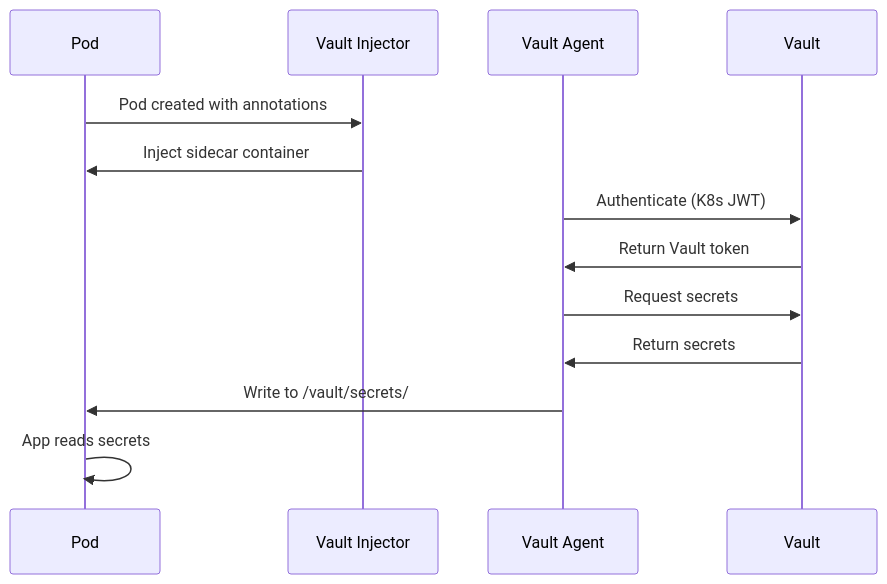
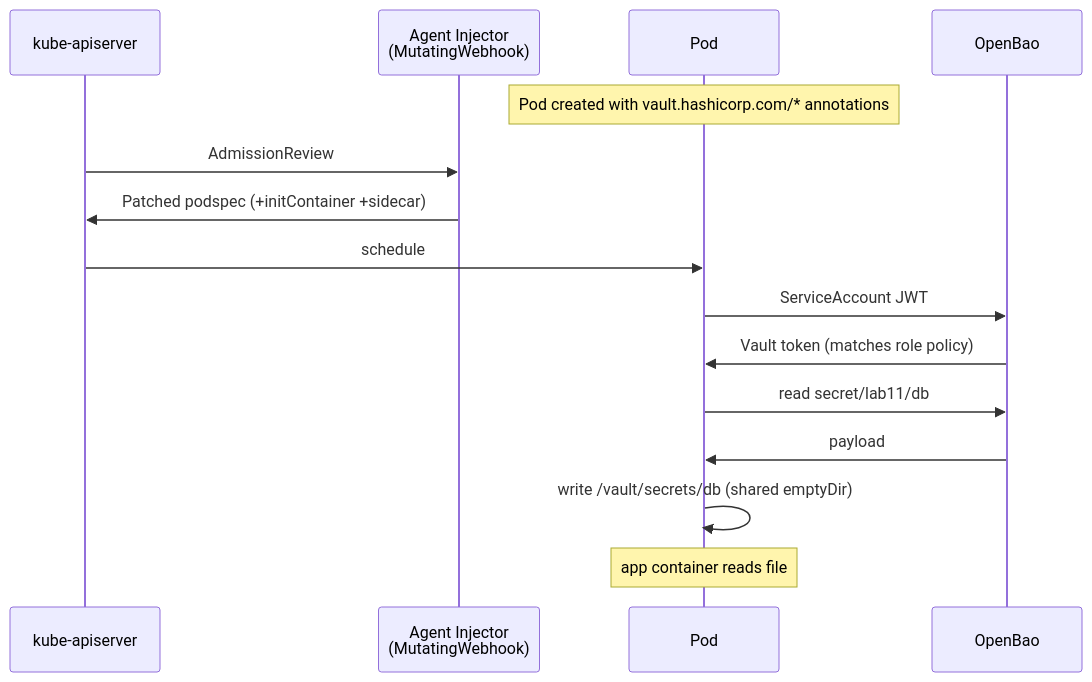
One commit to inno-devops-labs/DevOps-Core-Course changed the fifth of 8 diagrams in lectures/lec11.md. Above: the diagram before and after it, drawn with Mermaid. The commit also changed other lines of this file and 24 other files, not shown here.

````diff
--- a/lectures/lec11.md
+++ b/lectures/lec11.md
@@ -505,16 +276,17 @@
 ```mermaid
 sequenceDiagram
+  participant API as kube-apiserver
+  participant Inj as Agent Injector<br/>(MutatingWebhook)
   participant Pod
-  participant Injector as Vault Injector
-  participant Agent as Vault Agent
-  participant Vault
-
-  Pod->>Injector: Pod created with annotations
-  Injector->>Pod: Inject sidecar container
-  Agent->>Vault: Authenticate (K8s JWT)
-  Vault->>Agent: Return Vault token
-  Agent->>Vault: Request secrets
-  Vault->>Agent: Return secrets
-  Agent->>Pod: Write to /vault/secrets/
-  Pod->>Pod: App reads secrets
+  participant Bao as OpenBao
+  Note over Pod: Pod created with vault.hashicorp.com/* annotations
+  API->>Inj: AdmissionReview
+  Inj->>API: Patched podspec (+initContainer +sidecar)
+  API->>Pod: schedule
+  Pod->>Bao: ServiceAccount JWT
+  Bao->>Pod: Vault token (matches role policy)
+  Pod->>Bao: read secret/lab11/db
+  Bao->>Pod: payload
+  Pod->>Pod: write /vault/secrets/db (shared emptyDir)
+  Note over Pod: app container reads file
 ```
````
